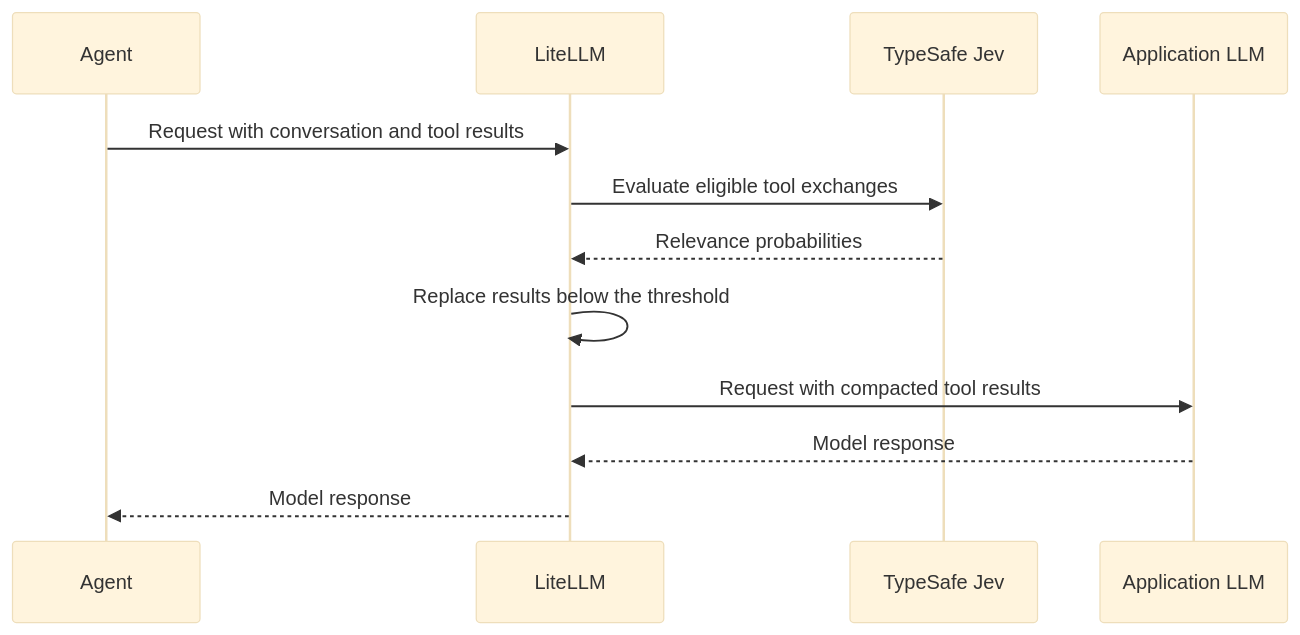
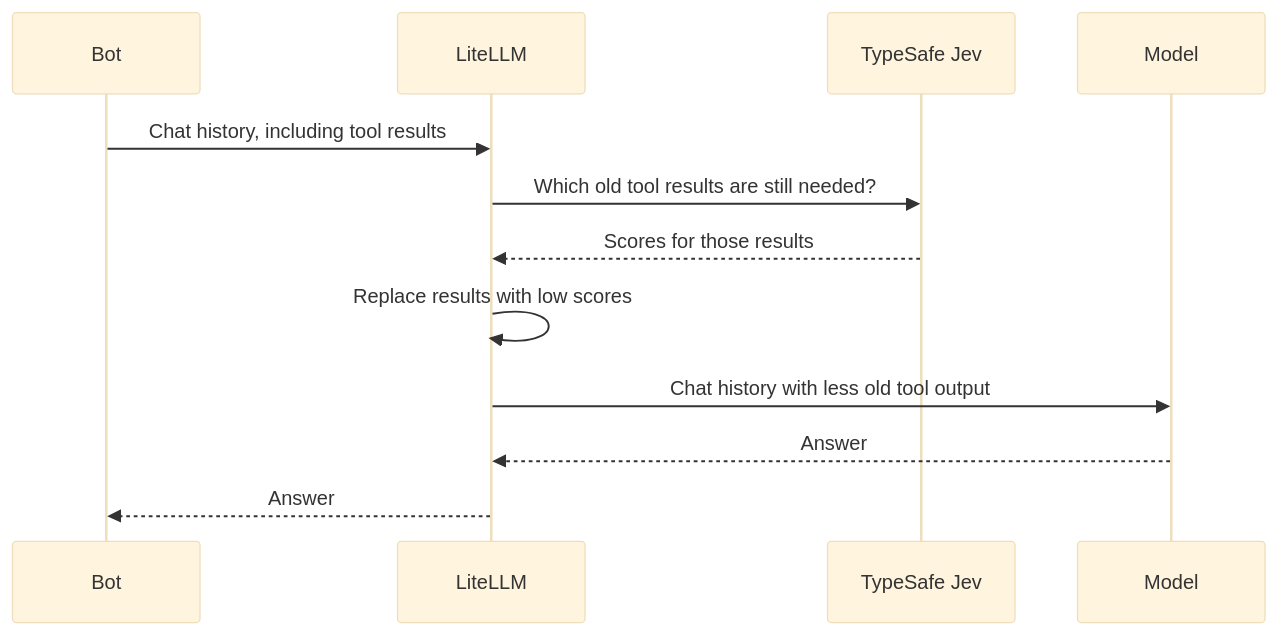
The diagram in blog/typesafe_jev_compaction/index.md (BerriAI/litellm-docs), drawn with Mermaid (base theme) before and after one commit. The commit also changed other lines of this file, not shown here.

````diff
--- a/blog/typesafe_jev_compaction/index.md
+++ b/blog/typesafe_jev_compaction/index.md
@@ -58,14 +28,14 @@
 ```mermaid
 sequenceDiagram
-    participant A as Agent
+    participant A as Bot
     participant G as LiteLLM
     participant J as TypeSafe Jev
-    participant M as Application LLM
-    A->>G: Request with conversation and tool results
-    G->>J: Evaluate eligible tool exchanges
-    J-->>G: Relevance probabilities
-    G->>G: Replace results below the threshold
-    G->>M: Request with compacted tool results
-    M-->>G: Model response
-    G-->>A: Model response
+    participant M as Model
+    A->>G: Chat history, including tool results
+    G->>J: Which old tool results are still needed?
+    J-->>G: Scores for those results
+    G->>G: Replace results with low scores
+    G->>M: Chat history with less old tool output
+    M-->>G: Answer
+    G-->>A: Answer
 ```
````
